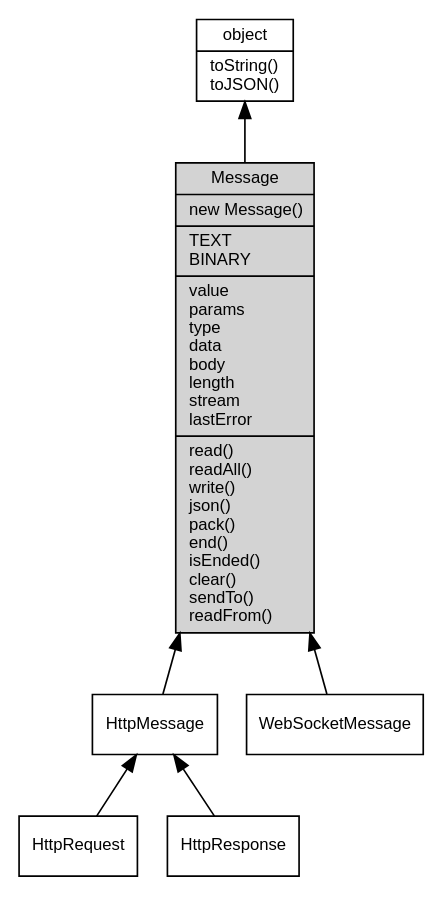
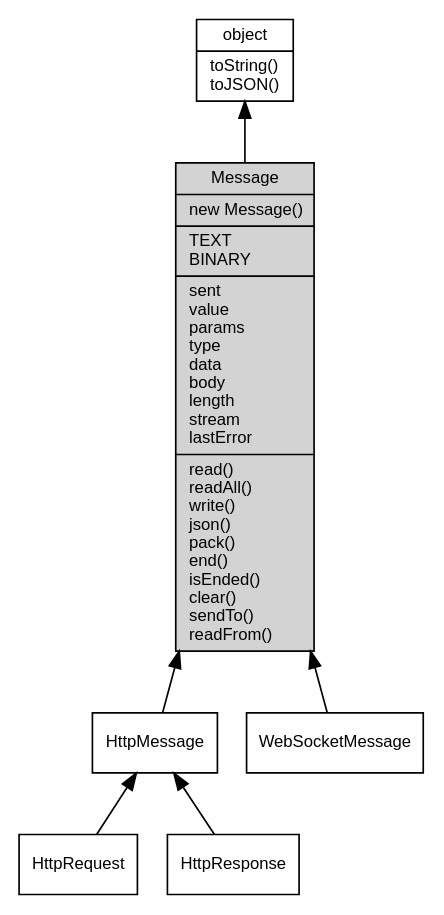
The diagram in docs/manual/object/ifs/Message.md (fibjs/fibjs.org), drawn with Graphviz before and after one commit. The commit also changed other lines of this file and 63 other files, not shown here.

````diff
--- a/docs/manual/object/ifs/Message.md
+++ b/docs/manual/object/ifs/Message.md
@@ -12,18 +12,18 @@
 ```dot
 digraph {
     node [fontname="Helvetica,sans-Serif", fontsize=10, shape="record", style="filled", fillcolor="white"];
 
     object [tooltip="object", URL="object.md", label="{object|toString()\ltoJSON()\l}"];
-    Message [tooltip="Message", fillcolor="lightgray", id="me", label="{Message|new Message()\l|TEXT\lBINARY\l|value\lparams\ltype\ldata\lbody\llength\lstream\llastError\l|read()\lreadAll()\lwrite()\ljson()\lpack()\lend()\lisEnded()\lclear()\lsendTo()\lreadFrom()\l}"];
+    Message [tooltip="Message", fillcolor="lightgray", id="me", label="{Message|new Message()\l|TEXT\lBINARY\l|sent\lvalue\lparams\ltype\ldata\lbody\llength\lstream\llastError\l|read()\lreadAll()\lwrite()\ljson()\lpack()\lend()\lisEnded()\lclear()\lsendTo()\lreadFrom()\l}"];
     HttpMessage [tooltip="HttpMessage", URL="HttpMessage.md", label="{HttpMessage}"];
     HttpRequest [tooltip="HttpRequest", URL="HttpRequest.md", label="{HttpRequest}"];
     HttpResponse [tooltip="HttpResponse", URL="HttpResponse.md", label="{HttpResponse}"];
     WebSocketMessage [tooltip="WebSocketMessage", URL="WebSocketMessage.md", label="{WebSocketMessage}"];
 
     object -> Message [dir=back];
     Message -> HttpMessage [dir=back];
     HttpMessage -> HttpRequest [dir=back];
     HttpMessage -> HttpResponse [dir=back];
     Message -> WebSocketMessage [dir=back];
 }
 ```
````
